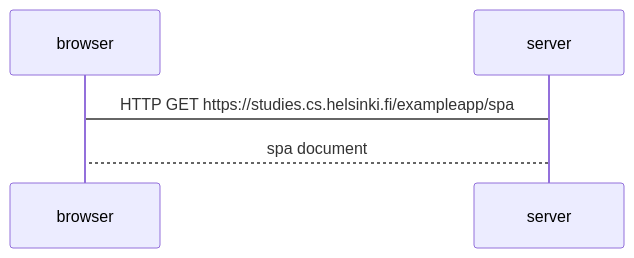
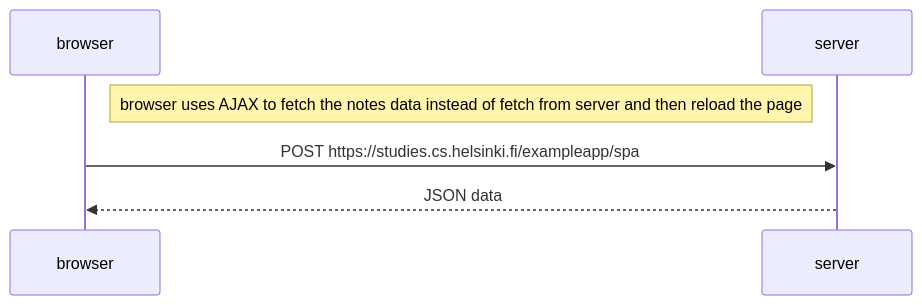
Before and after one commit to jy-wang-coder/Full-stack-course: the diagram in part 0/0.5SPA.md, drawn with Mermaid.

````diff
--- a/part 0/0.5SPA.md
+++ b/part 0/0.5SPA.md
@@ -1,7 +1,10 @@
 ``` mermaid
 sequenceDiagram
     participant browser
     participant server
-browser->server: HTTP GET https://studies.cs.helsinki.fi/exampleapp/spa
-server-->browser: spa document
+Note right of browser: browser uses AJAX to fetch the notes data instead of fetch from server and then reload the page
+browser->>server: POST https://studies.cs.helsinki.fi/exampleapp/spa
+server-->>browser: JSON data
+
+    
 ```
````
